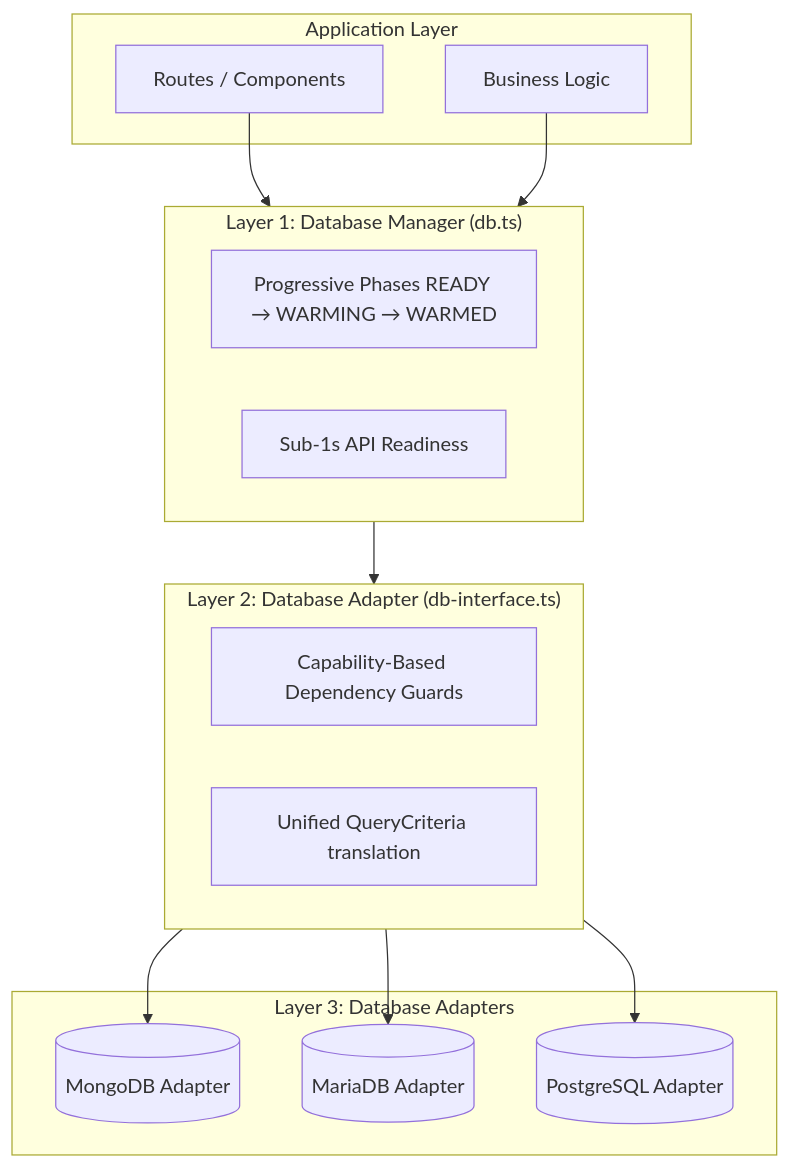
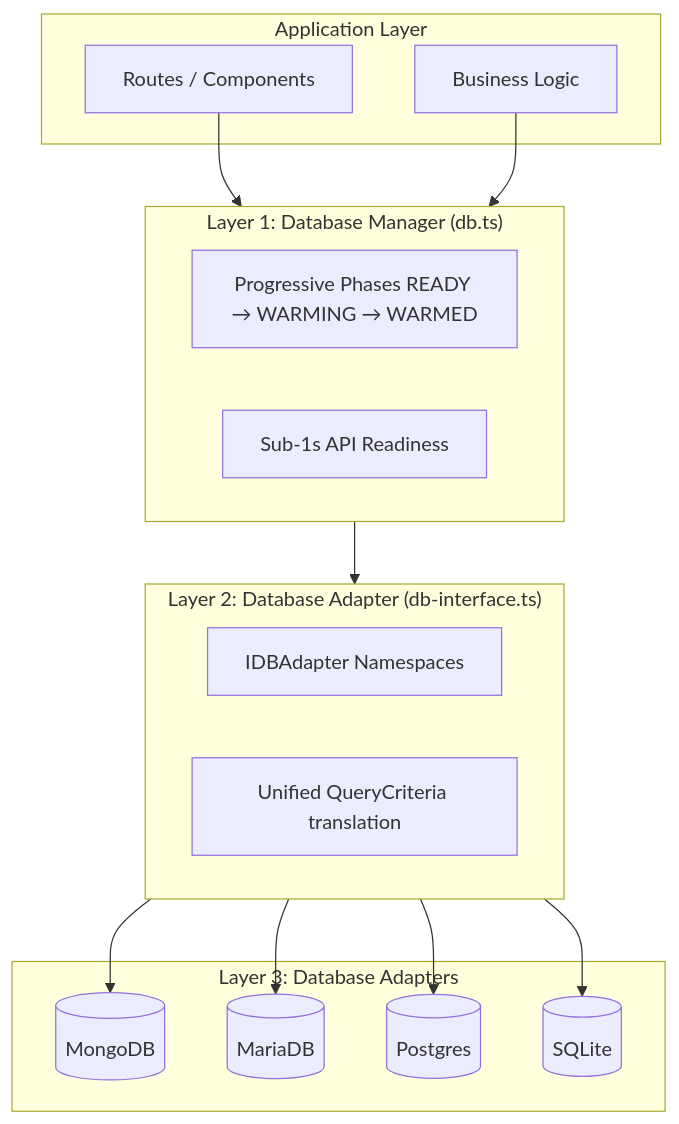
One commit to SveltyCMS/SveltyCMS changed the diagram in docs/architecture/database/index.mdx. Above: the diagram before and after it, drawn with Mermaid. The commit also changed other lines of this file and 57 other files, not shown here.

First line of the commit message:
docs: update feature documentation, roadmap, and benchmark reports

````diff
--- a/docs/architecture/database/index.mdx
+++ b/docs/architecture/database/index.mdx
@@ -139,27 +61,28 @@
 ```mermaid
 graph TD
     subgraph App["Application Layer"]
         B[Routes / Components]
         C[Business Logic]
     end
 
     subgraph Core["Layer 1: Database Manager (db.ts)"]
         D[Progressive Phases READY → WARMING → WARMED]
         E[Sub-1s API Readiness]
     end
 
     subgraph Interface["Layer 2: Database Adapter (db-interface.ts)"]
-        F[Capability-Based Dependency Guards]
+        F[IDBAdapter Namespaces]
         G[Unified QueryCriteria translation]
     end
 
     subgraph Adapters["Layer 3: Database Adapters"]
-        H[(MongoDB Adapter)]
-        I[(MariaDB Adapter)]
-        J[(PostgreSQL Adapter)]
+        H[(MongoDB)]
+        I[(MariaDB)]
+        J[(Postgres)]
+        K[(SQLite)]
     end
 
     B & C --> Core
     Core --> Interface
-    Interface --> H & I & J
+    Interface --> H & I & J & K
 ```
````
